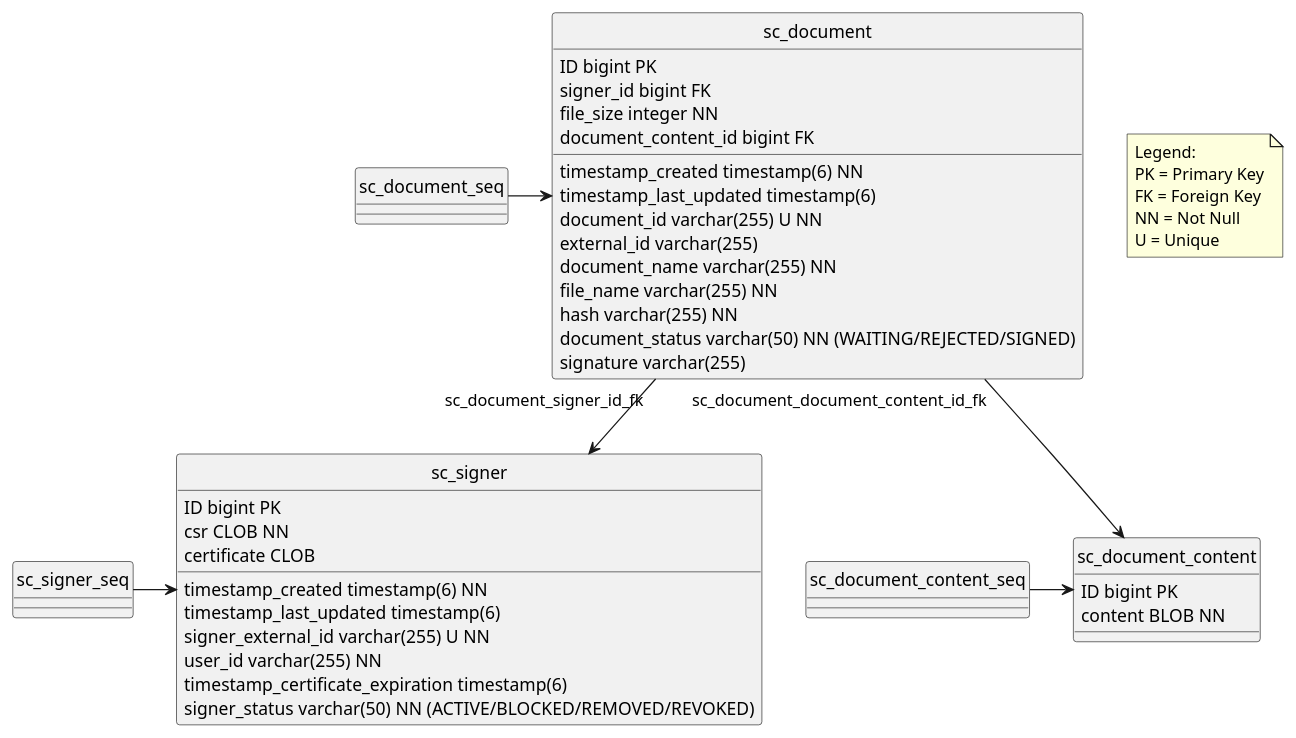
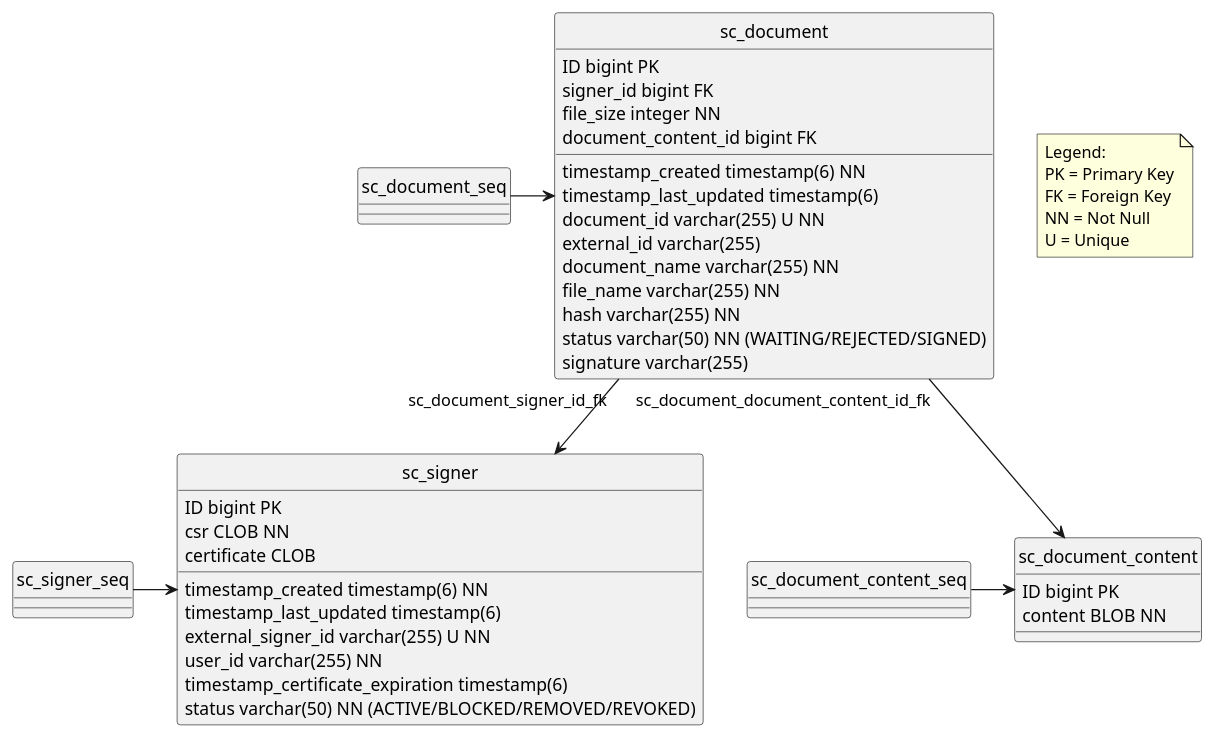
The diagram in docs-private/signer_cloud_server_database_schema.puml (wultra/signer-cloud), drawn with PlantUML before and after one commit. The commit also changed 5 other files, not shown here.

```diff
--- a/docs-private/signer_cloud_server_database_schema.puml
+++ b/docs-private/signer_cloud_server_database_schema.puml
@@ -1,53 +1,53 @@
 @startuml
 hide stereotypes
 hide circle
 
 class sc_signer {
     ID bigint PK
     timestamp_created timestamp(6) NN
     timestamp_last_updated timestamp(6)
-    signer_external_id varchar(255) U NN
+    external_signer_id varchar(255) U NN
     user_id varchar(255) NN
     csr CLOB NN
     certificate CLOB
     timestamp_certificate_expiration timestamp(6)
-    signer_status varchar(50) NN (ACTIVE/BLOCKED/REMOVED/REVOKED)
+    status varchar(50) NN (ACTIVE/BLOCKED/REMOVED/REVOKED)
 }
 
 class sc_document {
     ID bigint PK
     timestamp_created timestamp(6) NN
     timestamp_last_updated timestamp(6)
     document_id varchar(255) U NN
     signer_id bigint FK
     external_id varchar(255)
     document_name varchar(255) NN
     file_name varchar(255) NN
     file_size integer NN
     document_content_id bigint FK
     hash varchar(255) NN
-    document_status varchar(50) NN (WAITING/REJECTED/SIGNED)
+    status varchar(50) NN (WAITING/REJECTED/SIGNED)
     signature varchar(255)
 }
 
 class sc_document_content {
     ID bigint PK
     content BLOB NN
 }
 
 sc_document "sc_document_signer_id_fk" --> sc_signer
 sc_document "sc_document_document_content_id_fk" --> sc_document_content
 
 sc_signer_seq -> sc_signer
 sc_document_seq -> sc_document
 sc_document_content_seq -> sc_document_content
 
 note as note1
 Legend:
 PK = Primary Key
 FK = Foreign Key
 NN = Not Null
 U = Unique
 end note
 
 @enduml
```
